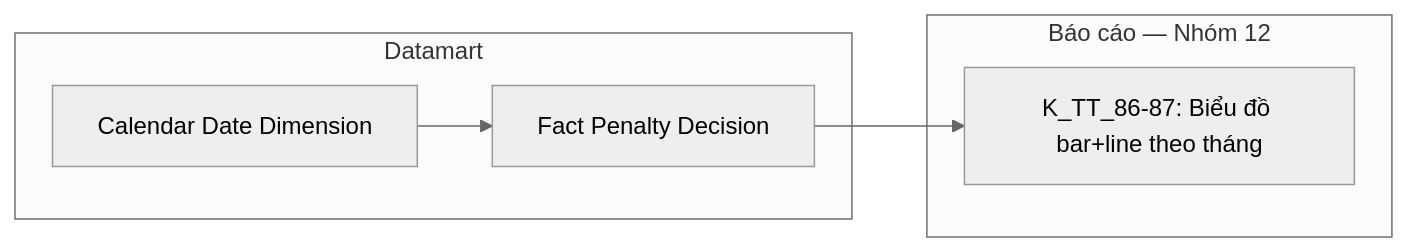
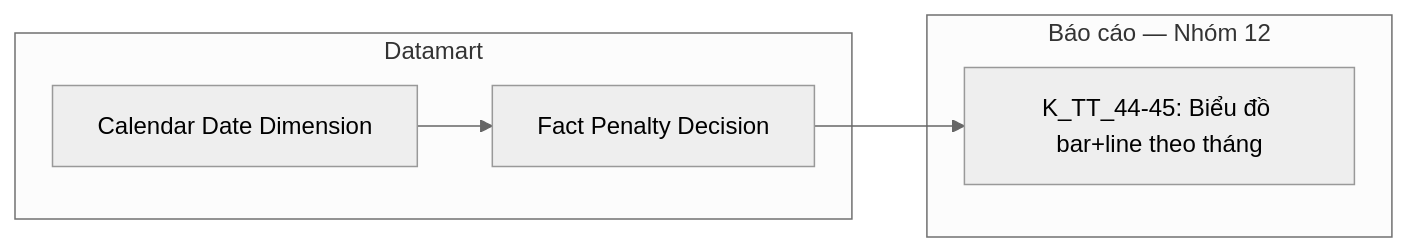
Diagram 35 of 50 in Datamart/hld/DTM_TT_HLD.md (linhlvit/ubck_atomic_design), drawn with Mermaid (neutral theme) before and after one commit. The commit also changed other lines of this file and 8 other files, not shown here.

````diff
--- a/Datamart/hld/DTM_TT_HLD.md
+++ b/Datamart/hld/DTM_TT_HLD.md
@@ -1331,12 +1298,12 @@
 ```mermaid
 flowchart LR
     subgraph Datamart["Datamart"]
         G1["Fact Penalty Decision"]
         G2["Calendar Date Dimension"]
     end
     subgraph RPT["Báo cáo — Nhóm 12"]
-        R1["K_TT_86-87: Biểu đồ bar+line theo tháng"]
+        R1["K_TT_44-45: Biểu đồ bar+line theo tháng"]
     end
     G2 --> G1
     G1 --> R1
 ```
````
